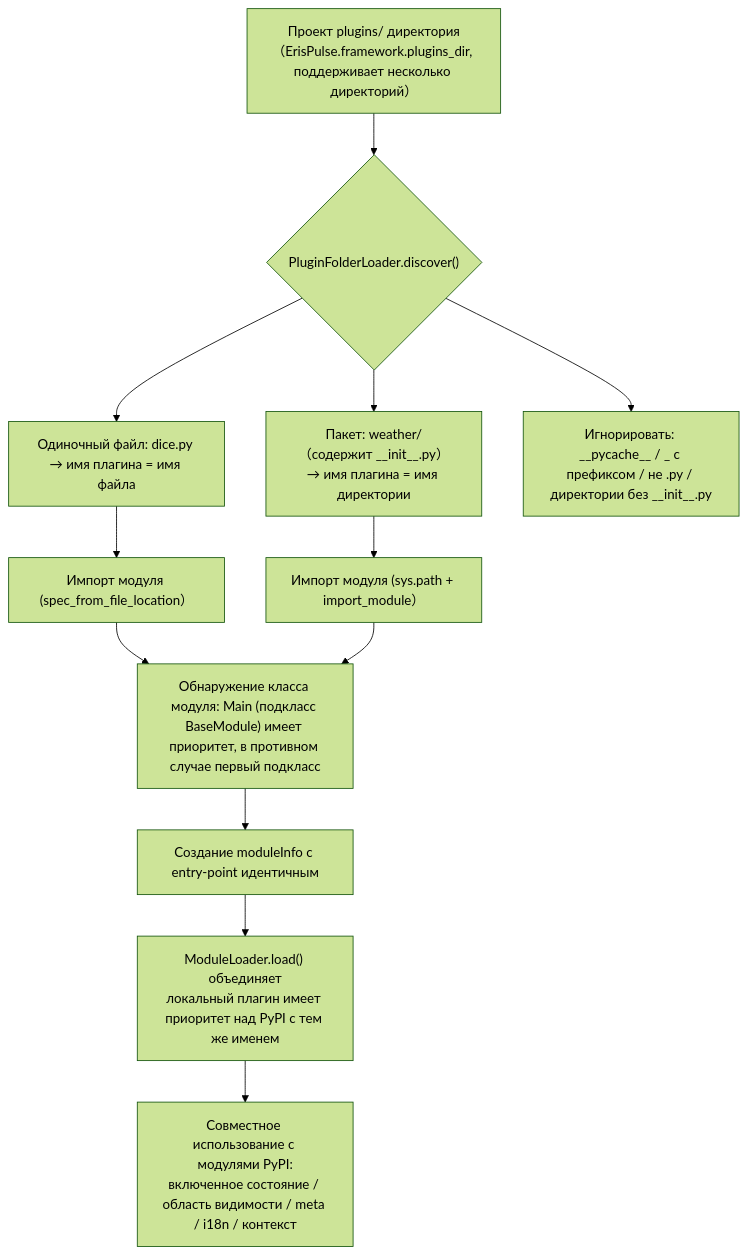
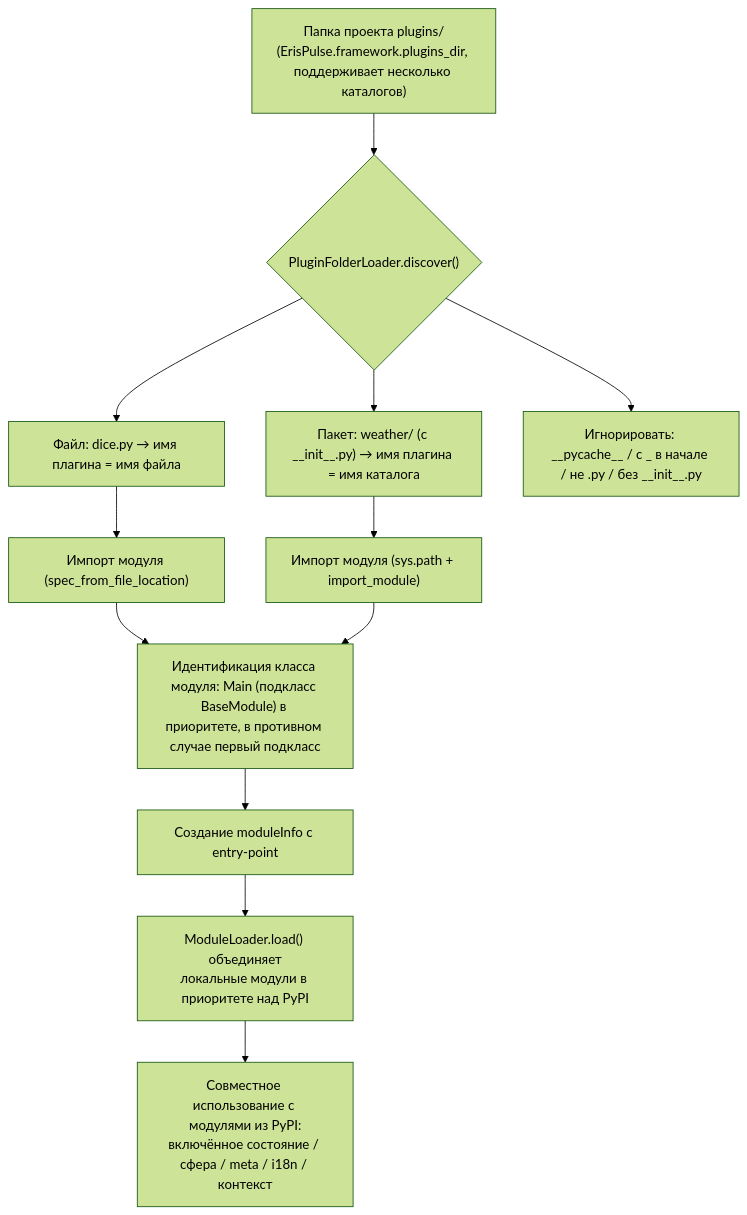
Before and after one commit to ErisPulse/ErisPulse: the eighth of 10 diagrams in docs/ru/architecture.md, drawn with Mermaid (forest theme). The commit also changed other lines of this file and 828 other files, not shown here.

````diff
--- a/docs/ru/architecture.md
+++ b/docs/ru/architecture.md
@@ -257,14 +261,14 @@
 ```mermaid
 flowchart TD
-    A["Проект plugins/ директория<br/>（ErisPulse.framework.plugins_dir, поддерживает несколько директорий）"] --> B{"PluginFolderLoader.discover()"}
-    B --> C["Одиночный файл: dice.py → имя плагина = имя файла"]
-    B --> D["Пакет: weather/（содержит __init__.py）→ имя плагина = имя директории"]
-    B --> E["Игнорировать: __pycache__ / _ с префиксом / не .py / директории без __init__.py"]
-    C --> F["Импорт модуля (spec_from_file_location）"]
-    D --> G["Импорт модуля (sys.path + import_module）"]
-    F --> H["Обнаружение класса модуля: Main (подкласс BaseModule) имеет приоритет, в противном случае первый подкласс"]
+    A["Папка проекта plugins/<br/>(ErisPulse.framework.plugins_dir, поддерживает несколько каталогов)"] --> B{"PluginFolderLoader.discover()"}
+    B --> C["Файл: dice.py → имя плагина = имя файла"]
+    B --> D["Пакет: weather/ (с __init__.py) → имя плагина = имя каталога"]
+    B --> E["Игнорировать: __pycache__ / с _ в начале / не .py / без __init__.py"]
+    C --> F["Импорт модуля (spec_from_file_location)"]
+    D --> G["Импорт модуля (sys.path + import_module)"]
+    F --> H["Идентификация класса модуля: Main (подкласс BaseModule) в приоритете, в противном случае первый подкласс"]
     G --> H
-    H --> I["Создание moduleInfo с entry-point идентичным"]
-    I --> J["ModuleLoader.load() объединяет<br/>локальный плагин имеет приоритет над PyPI с тем же именем"]
-    J --> K["Совместное использование с модулями PyPI:<br/>включенное состояние / область видимости / meta / i18n / контекст"]
+    H --> I["Создание moduleInfo с entry-point"]
+    I --> J["ModuleLoader.load() объединяет<br/>локальные модули в приоритете над PyPI"]
+    J --> K["Совместное использование с модулями из PyPI:<br/>включённое состояние / сфера / meta / i18n / контекст"]
 ```
````
